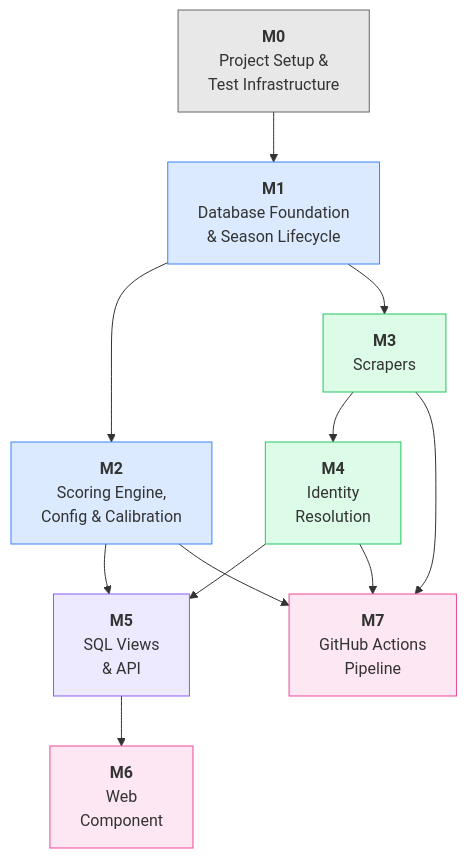
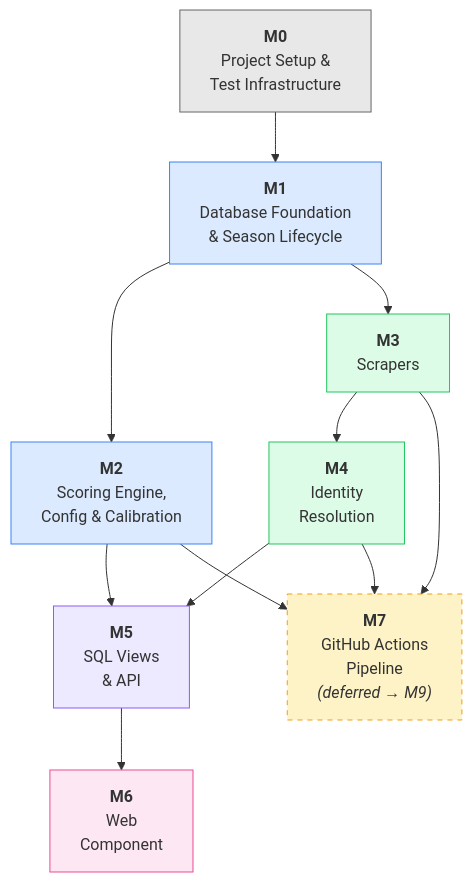
The second of 2 diagrams in doc/POC_development_plan.md (Fencer4Life/spws-automated-ranklist), drawn with Mermaid before and after one commit. The commit also changed other lines of this file and 93 other files, not shown here.

````diff
--- a/doc/POC_development_plan.md
+++ b/doc/POC_development_plan.md
@@ -698,31 +702,31 @@
 ```mermaid
 graph TD
     M0["<b>M0</b><br/>Project Setup &<br/>Test Infrastructure"]
     M1["<b>M1</b><br/>Database Foundation<br/>& Season Lifecycle"]
     M2["<b>M2</b><br/>Scoring Engine,<br/>Config & Calibration"]
     M3["<b>M3</b><br/>Scrapers"]
     M4["<b>M4</b><br/>Identity<br/>Resolution"]
     M5["<b>M5</b><br/>SQL Views<br/>& API"]
     M6["<b>M6</b><br/>Web<br/>Component"]
-    M7["<b>M7</b><br/>GitHub Actions<br/>Pipeline"]
+    M7["<b>M7</b><br/>GitHub Actions<br/>Pipeline<br/><i>(deferred → M9)</i>"]
 
     M0 --> M1
     M1 --> M2
     M1 --> M3
     M2 --> M5
     M3 --> M4
     M4 --> M5
     M5 --> M6
     M3 --> M7
     M4 --> M7
     M2 --> M7
 
     style M0 fill:#e8e8e8,stroke:#666
     style M1 fill:#dbeafe,stroke:#3b82f6
     style M2 fill:#dbeafe,stroke:#3b82f6
     style M3 fill:#dcfce7,stroke:#22c55e
     style M4 fill:#dcfce7,stroke:#22c55e
     style M5 fill:#ede9fe,stroke:#8b5cf6
     style M6 fill:#fce7f3,stroke:#ec4899
-    style M7 fill:#fce7f3,stroke:#ec4899
+    style M7 fill:#fef3c7,stroke:#f59e0b,stroke-dasharray: 5 5
 ```
````
